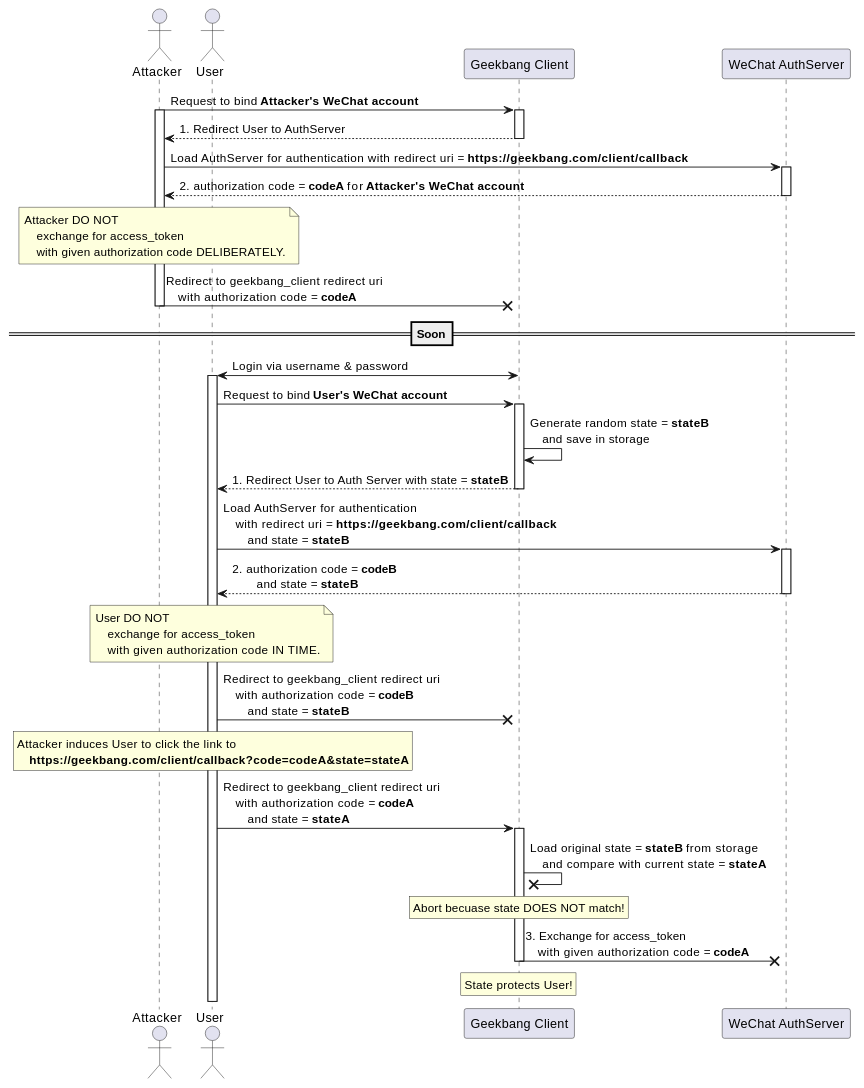
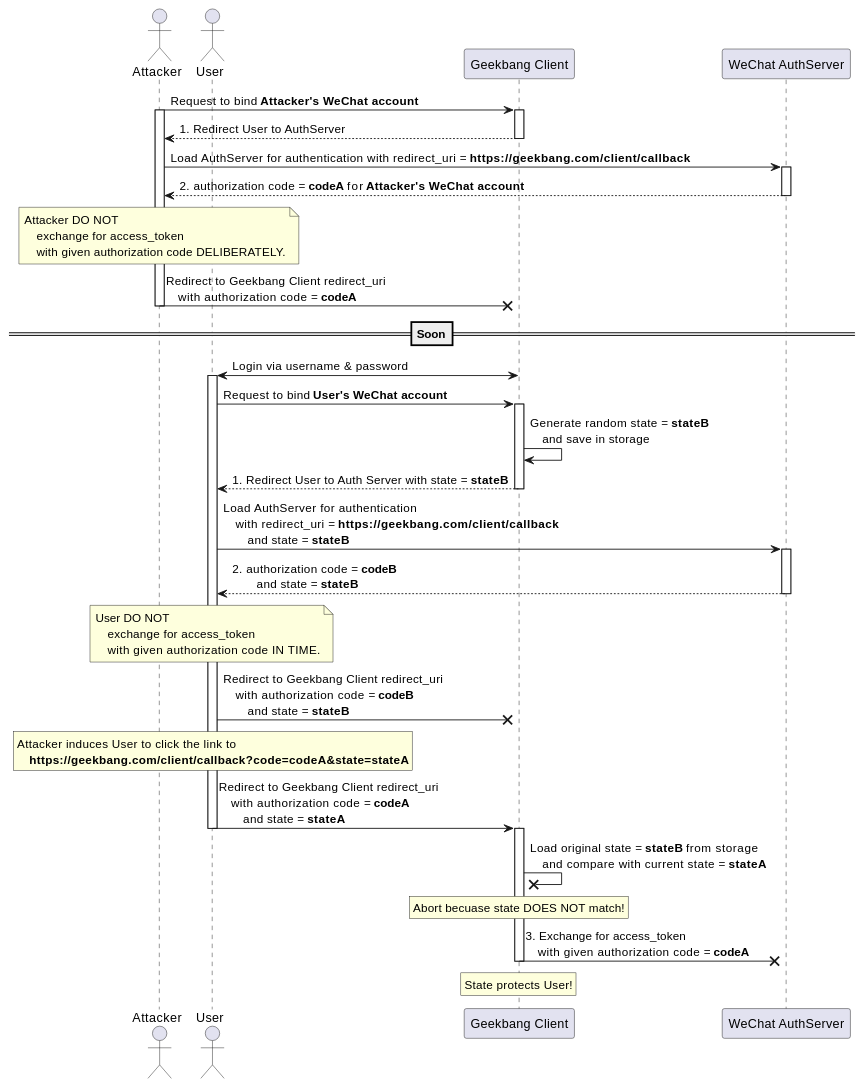
One commit to IceHe/lib changed the second of 2 diagrams in auth/csrf-attack-on-oauth.md. Above: the diagram before and after it, drawn with PlantUML. The commit also changed other lines of this file, not shown here.

````diff
--- a/auth/csrf-attack-on-oauth.md
+++ b/auth/csrf-attack-on-oauth.md
@@ -116,76 +116,77 @@
 ```plantuml
 @startuml
 actor attacker as "Attacker"
 actor user as "User"
 
 participant geekbang_client as "Geekbang Client"
 participant auth_server as "WeChat AuthServer"
 
 attacker -> geekbang_client: Request to bind **Attacker's WeChat account**
 activate attacker
 activate geekbang_client
 attacker <-- geekbang_client: 1. Redirect User to AuthServer
 deactivate geekbang_client
 
-attacker -> auth_server: Load AuthServer for authentication with redirect uri = **https://geekbang.com/client/callback**
+attacker -> auth_server: Load AuthServer for authentication with redirect_uri = **https://geekbang.com/client/callback**
 activate auth_server
 attacker <-- auth_server: 2. authorization code = **codeA** for **Attacker's WeChat account**
 deactivate auth_server
 
 note over attacker
     Attacker DO NOT
         exchange for access_token
         with given authorization code DELIBERATELY.
 endrnote
 
-attacker -x geekbang_client: Redirect to geekbang_client redirect uri \n    with authorization code = **codeA**
+attacker -x geekbang_client: Redirect to Geekbang Client redirect_uri \n    with authorization code = **codeA**
 deactivate attacker
 
 ==Soon==
 
 user <-> geekbang_client: Login via username & password
 activate user
 user -> geekbang_client: Request to bind **User's WeChat account**
 activate geekbang_client
 
 geekbang_client -> geekbang_client: Generate random state = **stateB** \n    and save in storage
 user <-- geekbang_client: 1. Redirect User to Auth Server with state = **stateB**
 deactivate geekbang_client
 
 
-user -> auth_server: Load AuthServer for authentication \n    with redirect uri = **https://geekbang.com/client/callback** \n        and state = **stateB**
+user -> auth_server: Load AuthServer for authentication \n    with redirect_uri = **https://geekbang.com/client/callback** \n        and state = **stateB**
 activate auth_server
 user <-- auth_server: 2. authorization code = **codeB** \n        and state = **stateB**
 deactivate auth_server
 
 note over user
     User DO NOT
         exchange for access_token
         with given authorization code IN TIME.
 endrnote
 
-user -x geekbang_client: Redirect to geekbang_client redirect uri \n    with authorization code = **codeB** \n        and state = **stateB**
+user -x geekbang_client: Redirect to Geekbang Client redirect_uri \n    with authorization code = **codeB** \n        and state = **stateB**
 
 rnote over user
     Attacker induces User to click the link to
         **https://geekbang.com/client/callback?code=codeA&state=stateA**
 endrnote
 
-user -> geekbang_client: Redirect to geekbang_client redirect uri \n    with authorization code = **codeA** \n        and state = **stateA**
+user -> geekbang_client: Redirect to Geekbang Client redirect_uri \n    with authorization code = **codeA** \n        and state = **stateA**
+deactivate user
 activate geekbang_client
 
 geekbang_client -x geekbang_client: Load original state = **stateB** from storage \n    and compare with current state = **stateA**
 
 rnote over geekbang_client
     Abort becuase state DOES NOT match!
 endrnote
 
 geekbang_client -x auth_server: 3. Exchange for access_token \n    with given authorization code = **codeA**
 deactivate geekbang_client
 
 rnote over geekbang_client
     State protects User!
 endrnote
 
 @enduml
 ```
````
